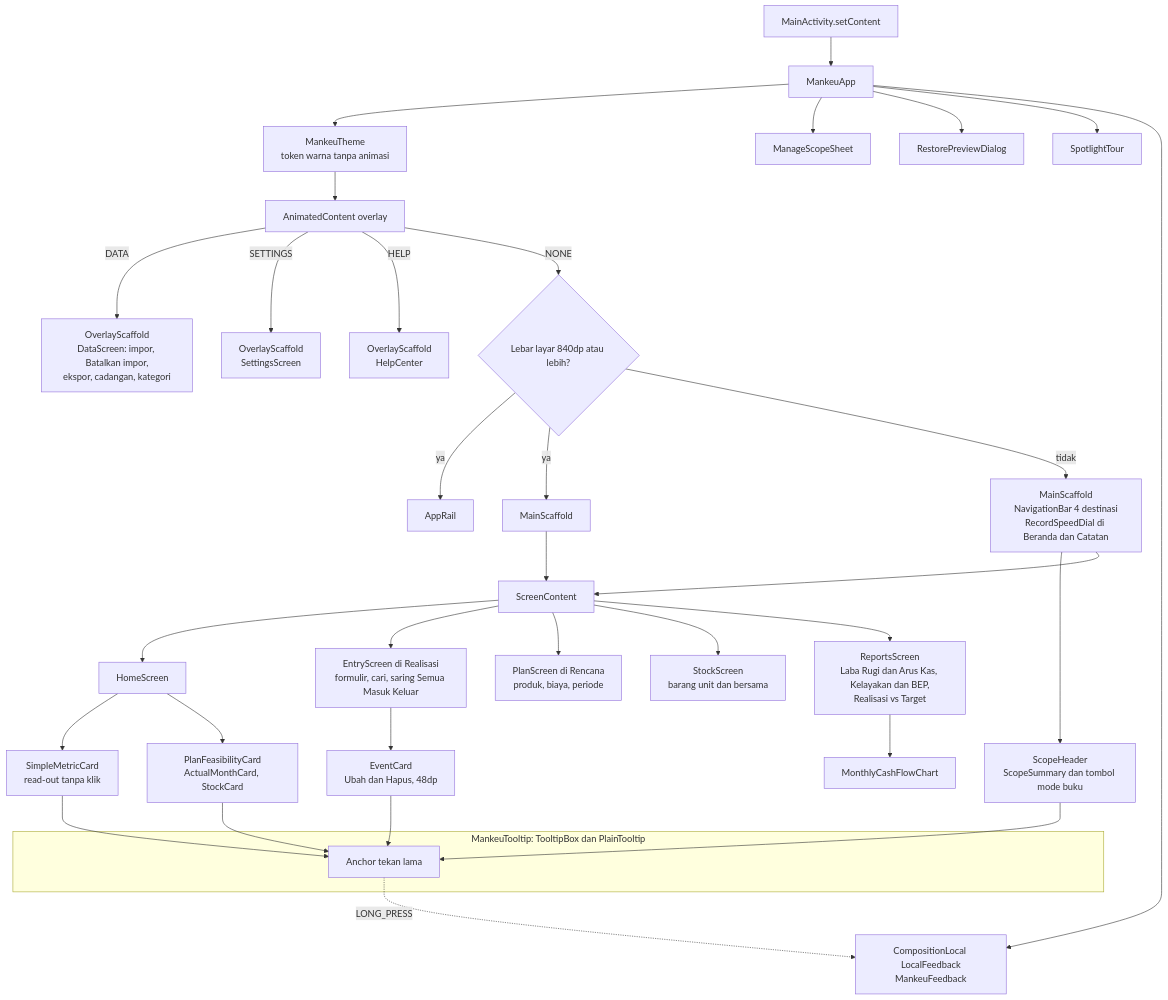
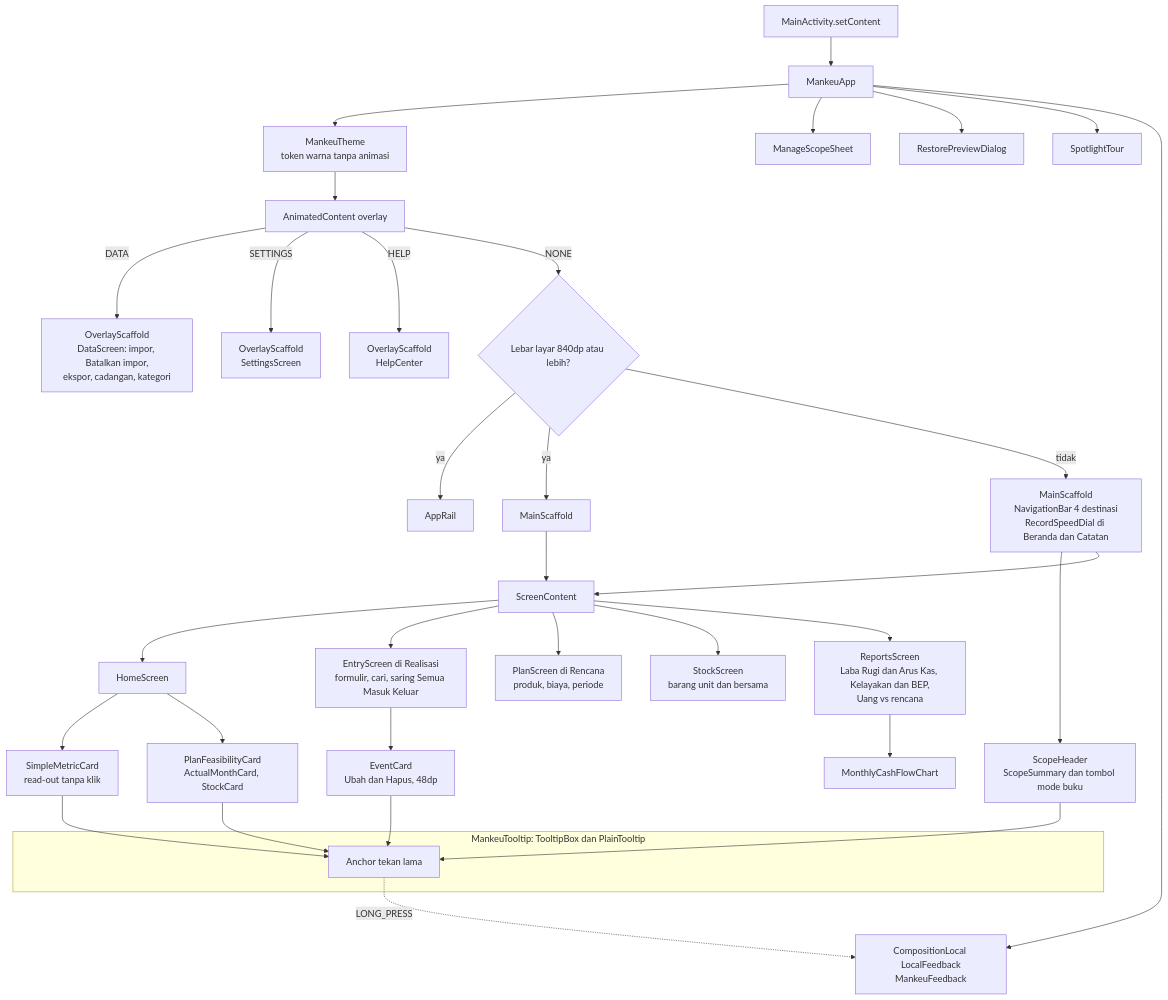
One commit to adsurkasur/Mankeu changed the second of 3 diagrams in docs/diagrams/02_architecture_diagram.md. Above: the diagram before and after it, drawn with Mermaid. The commit also changed 28 other files, not shown here.

````diff
--- a/docs/diagrams/02_architecture_diagram.md
+++ b/docs/diagrams/02_architecture_diagram.md
@@ -71,38 +71,38 @@
 ```mermaid
 flowchart TD
     setContent["MainActivity.setContent"] --> mankeuApp["MankeuApp"]
     mankeuApp --> mankeuTheme["MankeuTheme<br/>token warna tanpa animasi"]
     mankeuTheme --> overlayContent["AnimatedContent overlay"]
     overlayContent -->|"DATA"| dataOverlay["OverlayScaffold<br/>DataScreen: impor, Batalkan impor,<br/>ekspor, cadangan, kategori"]
     overlayContent -->|"SETTINGS"| settingsOverlay["OverlayScaffold<br/>SettingsScreen"]
     overlayContent -->|"HELP"| helpOverlay["OverlayScaffold<br/>HelpCenter"]
     overlayContent -->|"NONE"| widthCheck{"Lebar layar 840dp atau lebih?"}
     widthCheck -->|"ya"| appRail["AppRail"]
     widthCheck -->|"ya"| mainScaffoldWide["MainScaffold"]
     widthCheck -->|"tidak"| mainScaffold["MainScaffold<br/>NavigationBar 4 destinasi<br/>RecordSpeedDial di Beranda dan Catatan"]
     mainScaffold --> scopeHeader["ScopeHeader<br/>ScopeSummary dan tombol mode buku"]
     mainScaffold --> screenContent["ScreenContent"]
     mainScaffoldWide --> screenContent
     screenContent --> homeScreen["HomeScreen"]
     screenContent --> entryScreen["EntryScreen di Realisasi<br/>formulir, cari, saring Semua Masuk Keluar"]
     screenContent --> planScreen["PlanScreen di Rencana<br/>produk, biaya, periode"]
     screenContent --> stockScreen["StockScreen<br/>barang unit dan bersama"]
-    screenContent --> reportsScreen["ReportsScreen<br/>Laba Rugi dan Arus Kas, Kelayakan dan BEP,<br/>Realisasi vs Target"]
+    screenContent --> reportsScreen["ReportsScreen<br/>Laba Rugi dan Arus Kas, Kelayakan dan BEP,<br/>Uang vs rencana"]
     homeScreen --> metricCards["SimpleMetricCard<br/>read-out tanpa klik"]
     homeScreen --> planCards["PlanFeasibilityCard<br/>ActualMonthCard, StockCard"]
     entryScreen --> ledgerCard["EventCard<br/>Ubah dan Hapus, 48dp"]
     reportsScreen --> monthlyChart["MonthlyCashFlowChart"]
     mankeuApp --> scopeSheet["ManageScopeSheet"]
     mankeuApp --> restoreDialog["RestorePreviewDialog"]
     mankeuApp --> spotlightTour["SpotlightTour"]
     mankeuApp --> feedbackProvider["CompositionLocal LocalFeedback<br/>MankeuFeedback"]
 
     subgraph tooltipLayer ["MankeuTooltip: TooltipBox dan PlainTooltip"]
         tooltipAnchor["Anchor tekan lama"]
     end
     scopeHeader --> tooltipAnchor
     ledgerCard --> tooltipAnchor
     metricCards --> tooltipAnchor
     planCards --> tooltipAnchor
     tooltipAnchor -.->|"LONG_PRESS"| feedbackProvider
 ```
````
